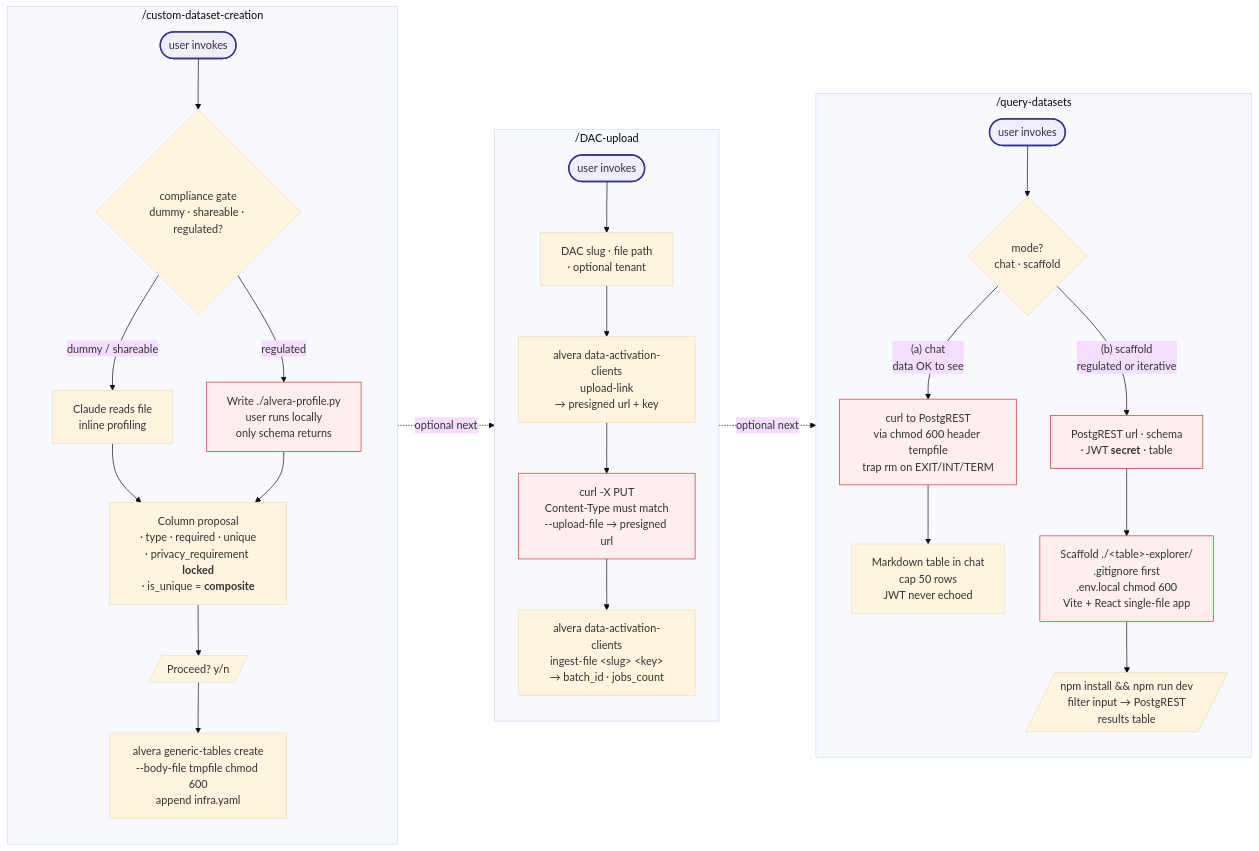
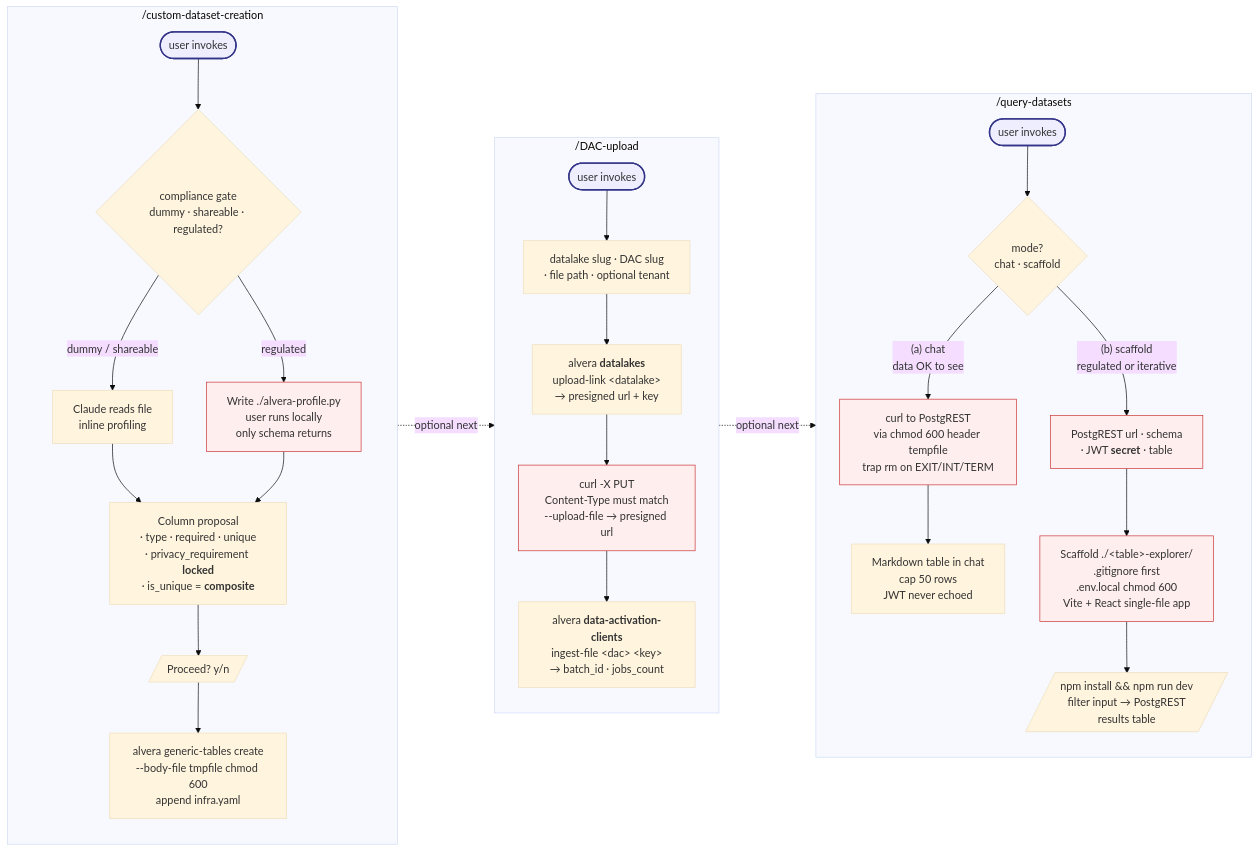
Before and after one commit to alvera-ai/alvera-agent: the diagram in plugins/platform-setup/README.md, drawn with Mermaid (base theme). The commit also changed other lines of this file and 5 other files, not shown here.

First line of the commit message:
refine(skills): DAC-upload uses datalake-scoped upload-link

````diff
--- a/plugins/platform-setup/README.md
+++ b/plugins/platform-setup/README.md
@@ -19,39 +19,39 @@
 ```mermaid
 flowchart LR
     subgraph cdc ["/custom-dataset-creation"]
         direction TB
         start1([user invokes]) --> gate{compliance gate<br/>dummy · shareable · regulated?}
         gate -->|dummy / shareable| inline[Claude reads file<br/>inline profiling]
         gate -->|regulated| script[Write ./alvera-profile.py<br/>user runs locally<br/>only schema returns]
         inline --> prop[Column proposal<br/>· type · required · unique<br/>· privacy_requirement <b>locked</b><br/>· is_unique = <b>composite</b>]
         script --> prop
         prop --> confirm[/Proceed? y/n/]
         confirm --> create[alvera generic-tables create<br/>--body-file tmpfile chmod 600<br/>append infra.yaml]
     end
 
     subgraph dac ["/DAC-upload"]
         direction TB
-        start2([user invokes]) --> elicit1[DAC slug · file path<br/>· optional tenant]
-        elicit1 --> link[alvera data-activation-clients<br/>upload-link<br/>→ presigned url + key]
+        start2([user invokes]) --> elicit1[datalake slug · DAC slug<br/>· file path · optional tenant]
+        elicit1 --> link[alvera <b>datalakes</b><br/>upload-link &lt;datalake&gt;<br/>→ presigned url + key]
         link --> put[curl -X PUT<br/>Content-Type must match<br/>--upload-file → presigned url]
-        put --> ingest[alvera data-activation-clients<br/>ingest-file &lt;slug&gt; &lt;key&gt;<br/>→ batch_id · jobs_count]
+        put --> ingest[alvera <b>data-activation-clients</b><br/>ingest-file &lt;dac&gt; &lt;key&gt;<br/>→ batch_id · jobs_count]
     end
 
     subgraph qd ["/query-datasets"]
         direction TB
         start3([user invokes]) --> mode{mode?<br/>chat · scaffold}
         mode -->|"(a) chat<br/>data OK to see"| chat[curl to PostgREST<br/>via chmod 600 header tempfile<br/>trap rm on EXIT/INT/TERM]
         chat --> render[Markdown table in chat<br/>cap 50 rows<br/>JWT never echoed]
         mode -->|"(b) scaffold<br/>regulated or iterative"| elicit2[PostgREST url · schema<br/>· JWT <b>secret</b> · table]
         elicit2 --> scaffold[Scaffold ./&lt;table&gt;-explorer/<br/>.gitignore first<br/>.env.local chmod 600<br/>Vite + React single-file app]
         scaffold --> handoff[/npm install && npm run dev<br/>filter input → PostgREST<br/>results table/]
     end
 
     create -. optional next .-> start2
     ingest -. optional next .-> start3
 
     classDef entry fill:#eef,stroke:#338,stroke-width:2px
     classDef secret fill:#fee,stroke:#c33,stroke-width:1px
     class start1,start2,start3 entry
     class script,put,chat,elicit2,scaffold secret
 ```
````
